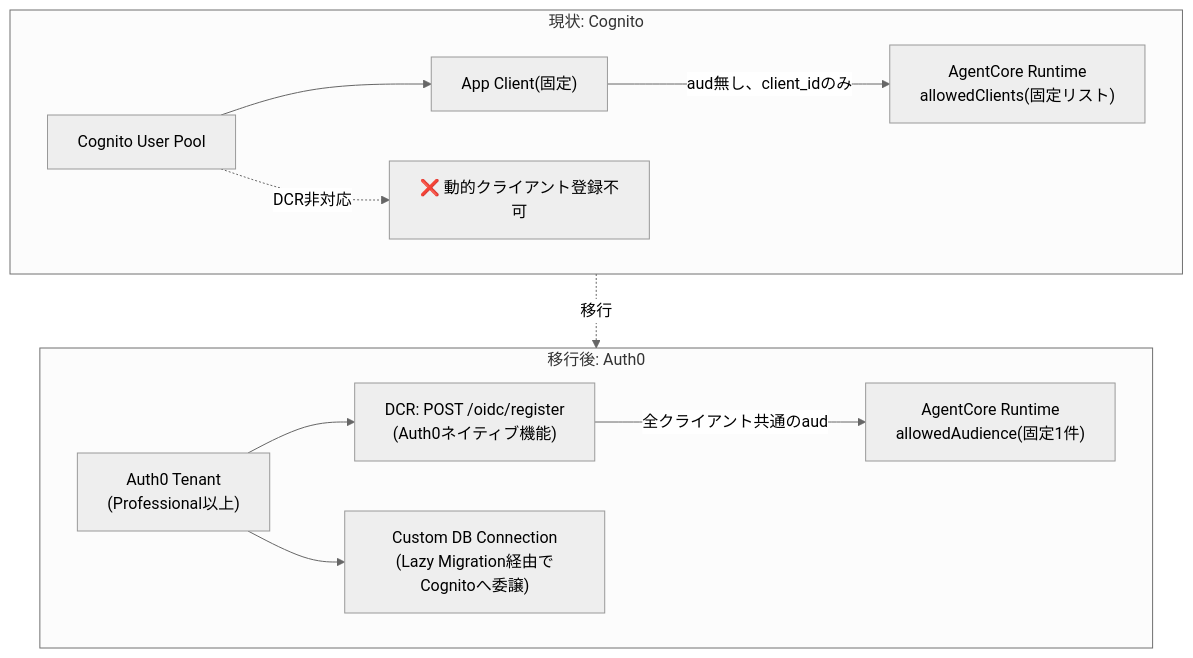
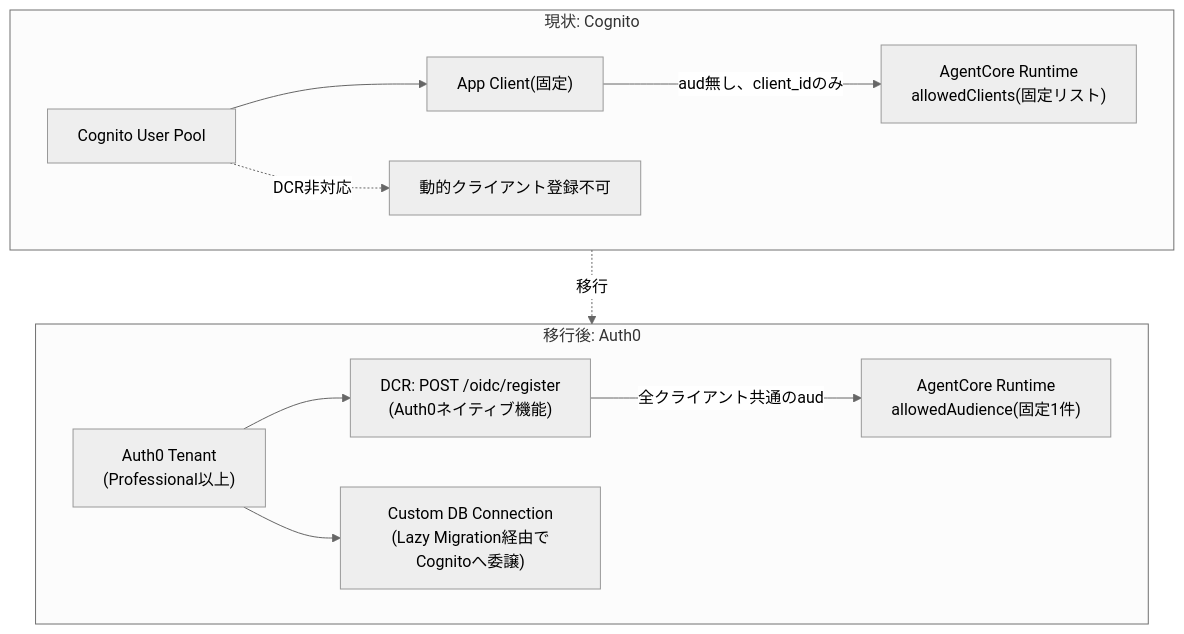
Before and after one commit to primenumber-dev/quick-agentcore-poc: the first of 2 diagrams in docs/11-cognito-to-auth0-migration-estimate.md, drawn with Mermaid (neutral theme). The commit also changed other lines of this file and 13 other files, not shown here.

````diff
--- a/docs/11-cognito-to-auth0-migration-estimate.md
+++ b/docs/11-cognito-to-auth0-migration-estimate.md
@@ -35,16 +35,16 @@
 ```mermaid
 flowchart TB
     subgraph before["現状: Cognito"]
         direction LR
         C1["Cognito User Pool"] --> C2["App Client(固定)"]
         C2 -->|"aud無し、client_idのみ"| C3["AgentCore Runtime<br/>allowedClients(固定リスト)"]
-        C1 -.->|"DCR非対応"| C4["❌ 動的クライアント登録不可"]
+        C1 -.->|"DCR非対応"| C4["動的クライアント登録不可"]
     end
     subgraph after["移行後: Auth0"]
         direction LR
         A1["Auth0 Tenant<br/>(Professional以上)"] --> A2["DCR: POST /oidc/register<br/>(Auth0ネイティブ機能)"]
         A2 -->|"全クライアント共通のaud"| A3["AgentCore Runtime<br/>allowedAudience(固定1件)"]
         A1 --> A4["Custom DB Connection<br/>(Lazy Migration経由でCognitoへ委譲)"]
     end
     before -.->|"移行"| after
 ```
````
